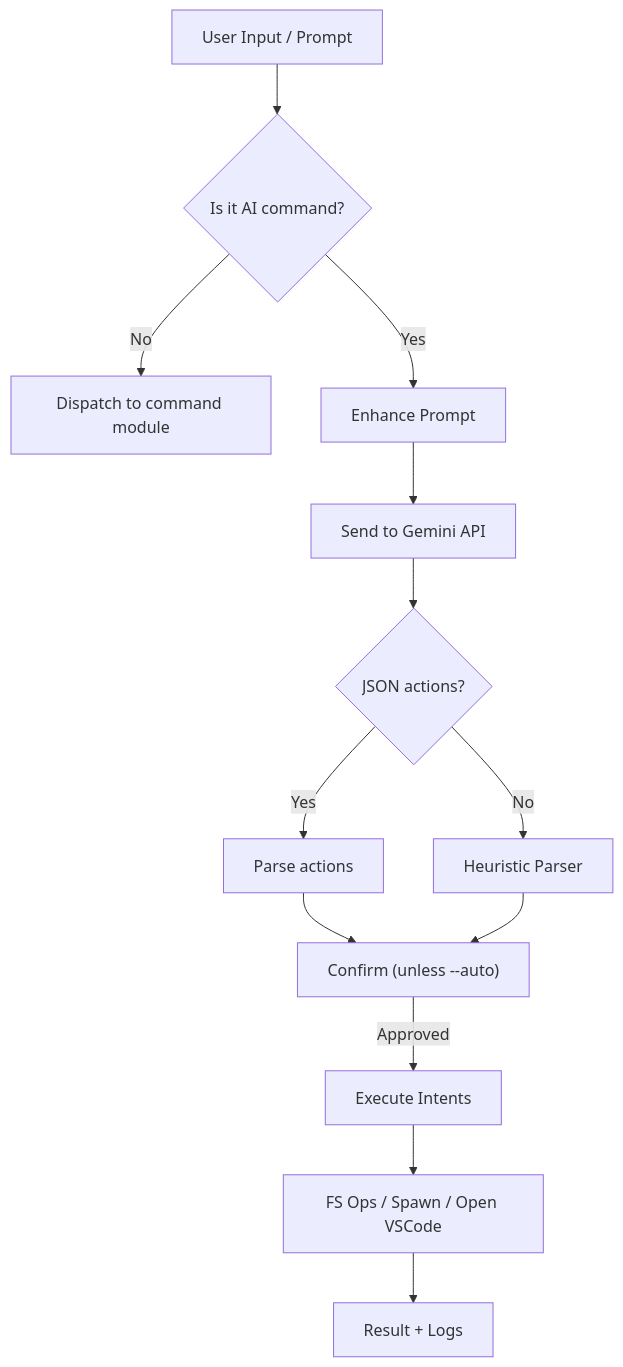
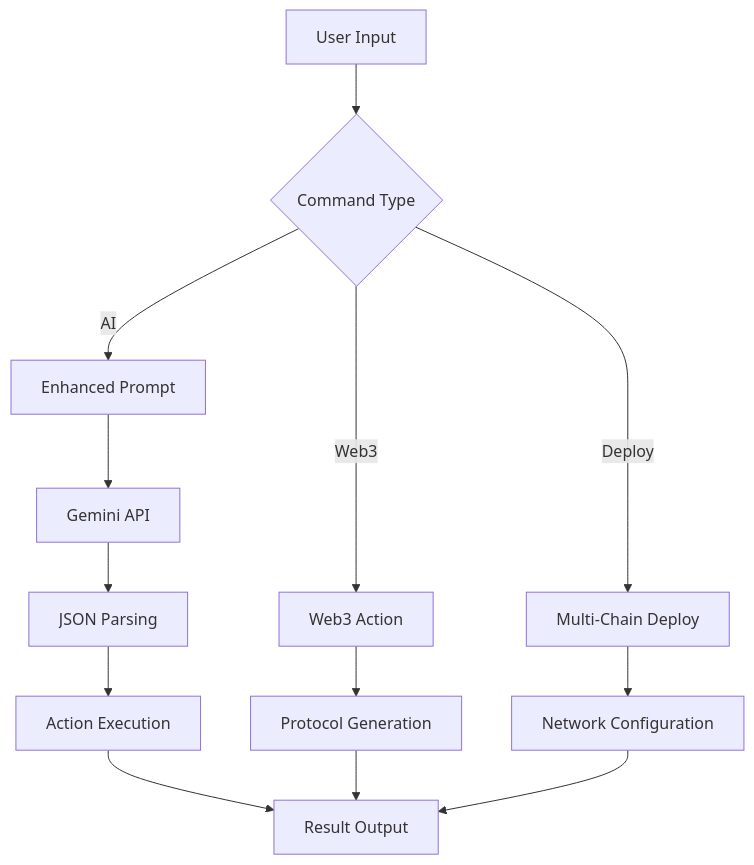
One commit to razeprotocol/raze-cli changed the diagram in README.md. Above: the diagram before and after it, drawn with Mermaid. The commit also changed other lines of this file and 10 other files, not shown here.

First line of the commit message:
feat: Refactor CLI tool to Raze Web3 CLI with enhanced Web3 commands

````diff
--- a/README.md
+++ b/README.md
@@ -171,15 +427,18 @@
 ```mermaid
-flowchart TD
-    A["User Input / Prompt"] --> B{"Is it AI command?"}
-    B -->|No| C["Dispatch to command module"]
-    B -->|Yes| D["Enhance Prompt"]
-    D --> E["Send to Gemini API"]
-    E --> F{"JSON actions?"}
-    F -->|Yes| G["Parse actions"]
-    F -->|No| H["Heuristic Parser"]
-    G --> I["Confirm (unless --auto)"]
-    H --> I
-    I -->|Approved| J["Execute Intents"]
-    J --> K["FS Ops / Spawn / Open VSCode"]
-    K --> L["Result + Logs"]
+graph TD
+    A[User Input] --> B{Command Type}
+    B -->|AI| C[Enhanced Prompt]
+    B -->|Web3| D[Web3 Action]
+    B -->|Deploy| E[Multi-Chain Deploy]
+
+    C --> F[Gemini API]
+    F --> G[JSON Parsing]
+    G --> H[Action Execution]
+
+    D --> I[Protocol Generation]
+    E --> J[Network Configuration]
+
+    H --> K[Result Output]
+    I --> K
+    J --> K
 ```
````
